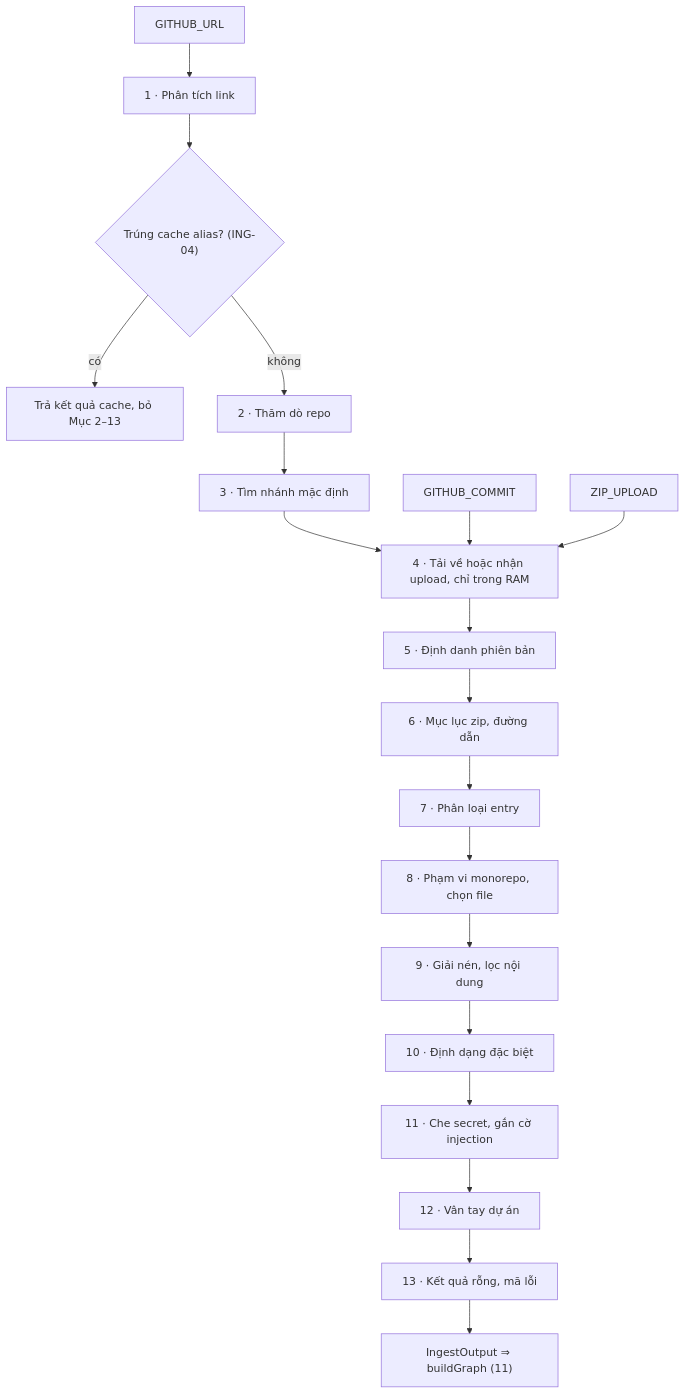
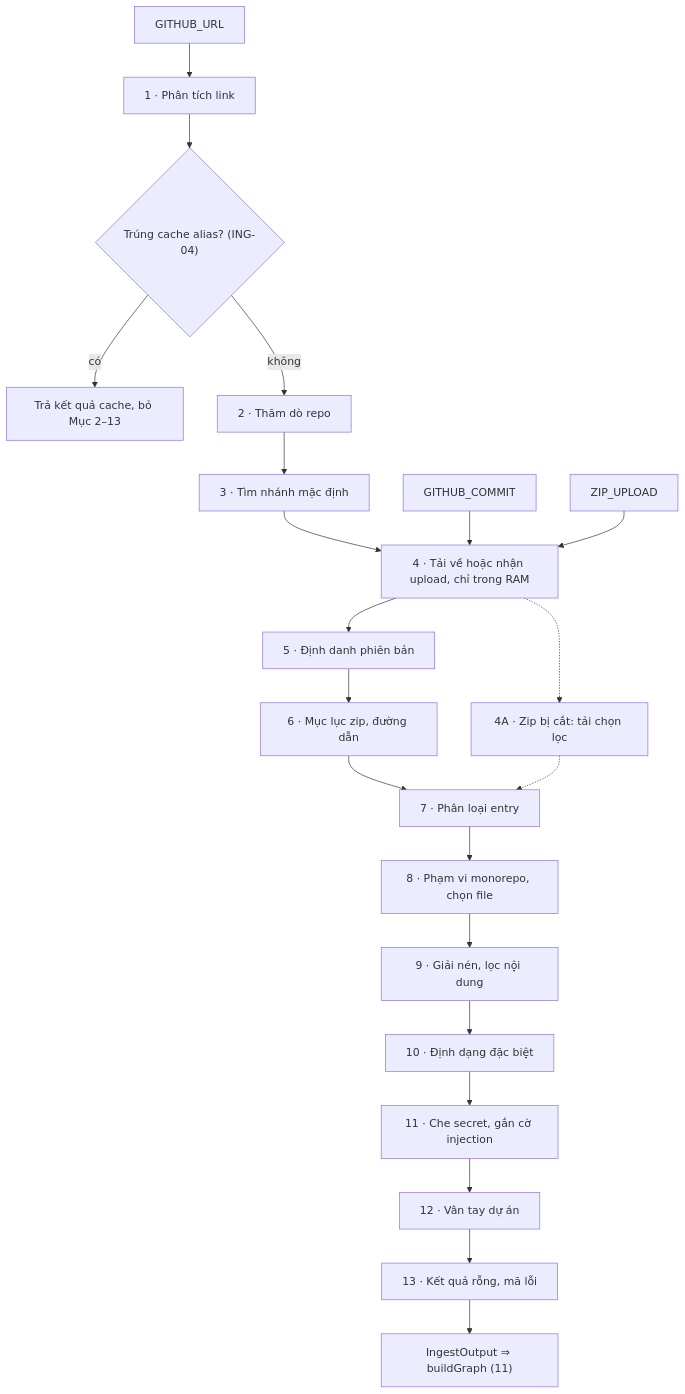
The diagram in spec/10_ENGINE_INGEST.md (huynhthanhnhannnh-pixel/Hackathon_SGU), drawn with Mermaid before and after one commit. The commit also changed other lines of this file and 7 other files, not shown here.

Commit message:
docs(spec): D-63 — repo lớn: zip bị cắt thì lấy danh sách file rồi tải chọn lọc

````diff
--- a/spec/10_ENGINE_INGEST.md
+++ b/spec/10_ENGINE_INGEST.md
@@ -17,12 +15,13 @@
 ```mermaid
 flowchart TB
   U["GITHUB_URL"] --> S1["1 · Phân tích link"]
   S1 --> C{"Trúng cache alias? (ING-04)"}
   C -- "có" --> HIT["Trả kết quả cache, bỏ Mục 2–13"]
   C -- "không" --> S2["2 · Thăm dò repo"] --> S3["3 · Tìm nhánh mặc định"] --> S4["4 · Tải về hoặc nhận upload, chỉ trong RAM"]
   GC["GITHUB_COMMIT"] --> S4
   ZU["ZIP_UPLOAD"] --> S4
   S4 --> S5["5 · Định danh phiên bản"] --> S6["6 · Mục lục zip, đường dẫn"] --> S7["7 · Phân loại entry"] --> S8["8 · Phạm vi monorepo, chọn file"]
   S8 --> S9["9 · Giải nén, lọc nội dung"] --> S10["10 · Định dạng đặc biệt"] --> S11["11 · Che secret, gắn cờ injection"] --> S12["12 · Vân tay dự án"] --> S13["13 · Kết quả rỗng, mã lỗi"]
   S13 --> OUT["IngestOutput ⇒ buildGraph (11)"]
+  S4 -.-> S4A["4A · Zip bị cắt: tải chọn lọc"] -.-> S7
 ```
````
